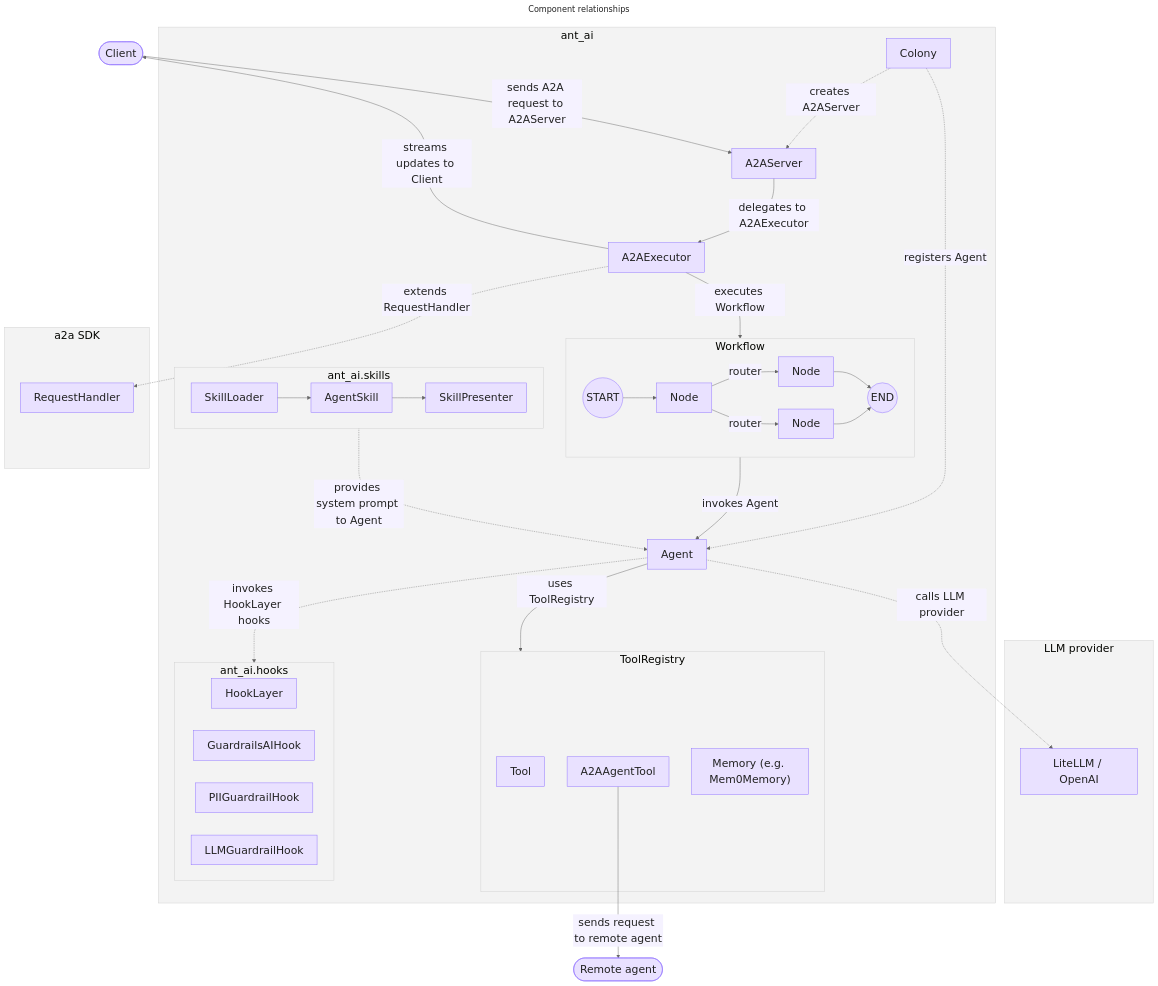
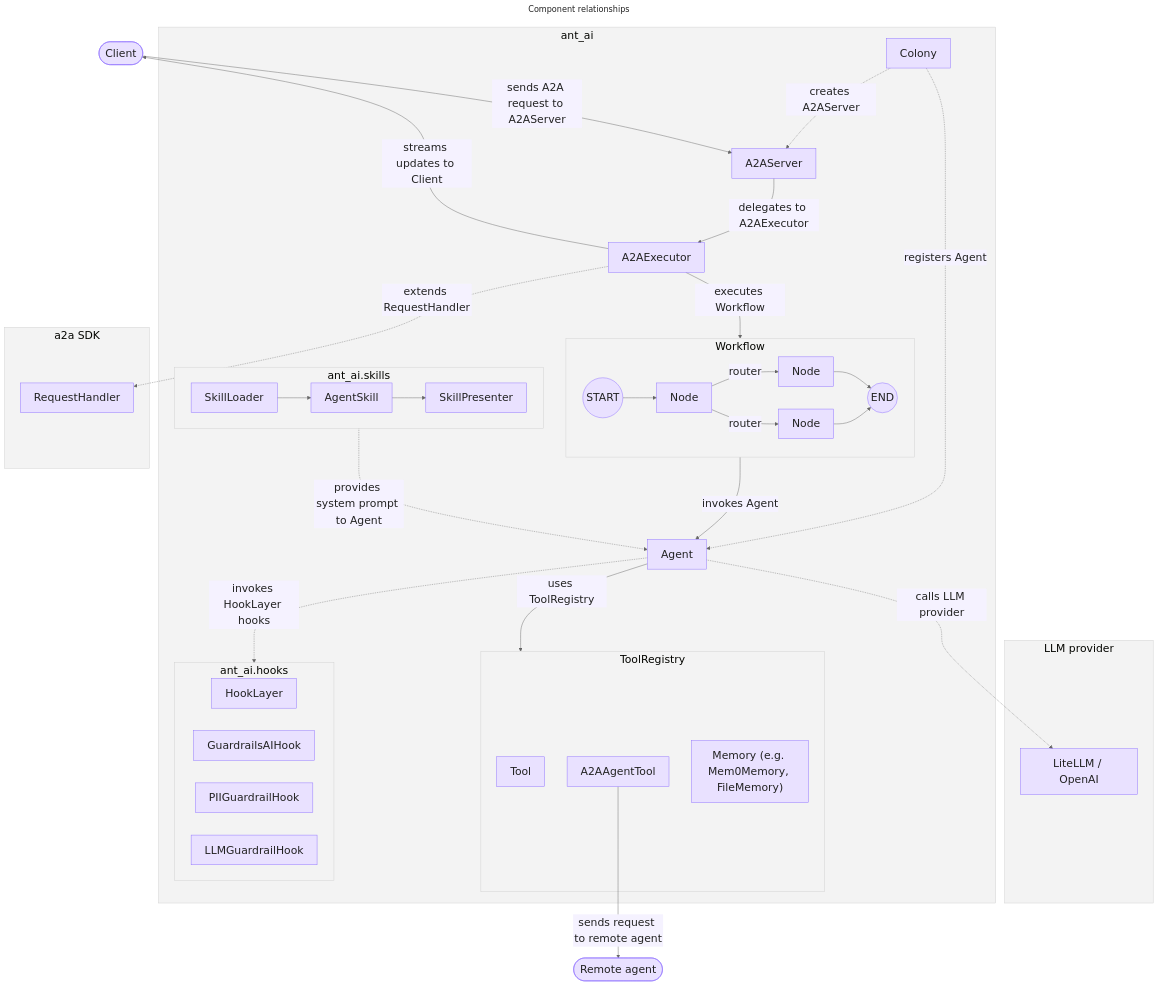
One commit to idea-idsia/ant-ai changed the diagram in docs/docs/architecture/component-relationships.mmd. Above: the diagram before and after it, drawn with Mermaid. The commit also changed 6 other files, not shown here.

```diff
--- a/docs/docs/architecture/component-relationships.mmd
+++ b/docs/docs/architecture/component-relationships.mmd
@@ -1,80 +1,80 @@
 ---
 title: Component relationships
 config:
   theme: base
   themeVariables:
     background: '#ffffff'
     primaryColor: '#E9E1FF'
     primaryTextColor: '#222222'
     primaryBorderColor: '#8B6DFF'
     lineColor: '#666666'
     secondaryColor: '#F5F2FF'
     tertiaryColor: '#FBFAFF'
     clusterBkg: '#F3F3F3'
     clusterBorder: '#CFCFCF'
     fontFamily: 'Inter, Arial, sans-serif'
     fontSize: '24px'
 ---
 flowchart TD
     Client([Client])
     Remote([Remote agent])
 
     subgraph ext_llm[LLM provider]
         LLM[LiteLLM / OpenAI]
     end
 
     subgraph hm[ant_ai]
         Colony[Colony]
         A2AS[A2AServer]
         Exec[A2AExecutor]
         Agent[Agent]
 
         subgraph reg[ToolRegistry]
             Tool[Tool]
             A2AT[A2AAgentTool]
-            MemT["Memory (e.g. Mem0Memory)"]
+            MemT["Memory (e.g. Mem0Memory, FileMemory)"]
         end
 
         subgraph wf[Workflow]
             direction LR
             S((START)) --> N1[Node]
             N1 -->|router| N2[Node]
             N1 -->|router| N3[Node]
             N2 --> E((END))
             N3 --> E
         end
 
         subgraph skills[ant_ai.skills]
             direction LR
             SkillLoader[SkillLoader] --> AgentSkill[AgentSkill]
             AgentSkill --> SkillPresenter[SkillPresenter]
         end
 
         subgraph hooks_sub[ant_ai.hooks]
             HookLayer[HookLayer]
             GuardrailsHook[GuardrailsAIHook]
             PIIHook[PIIGuardrailHook]
             LLMGuardrail[LLMGuardrailHook]
         end
 
         Colony -.->|creates A2AServer| A2AS
         Colony -.->|registers Agent| Agent
 
         A2AS -->|delegates to A2AExecutor| Exec
         Exec -->|executes Workflow| wf
         wf -->|invokes Agent| Agent
 
         Agent -->|uses ToolRegistry| reg
         SkillPresenter -.->|provides system prompt to Agent| Agent
         Agent -.->|invokes HookLayer hooks| hooks_sub
     end
 
     subgraph ext_a2a[a2a SDK]
         SDK[RequestHandler]
     end
 
     Client -->|sends A2A request to A2AServer| A2AS
     Exec -.->|extends RequestHandler| SDK
     Agent -.->|calls LLM provider| LLM
     A2AT -->|sends request to remote agent| Remote
     Exec -->|streams updates to Client| Client
```
